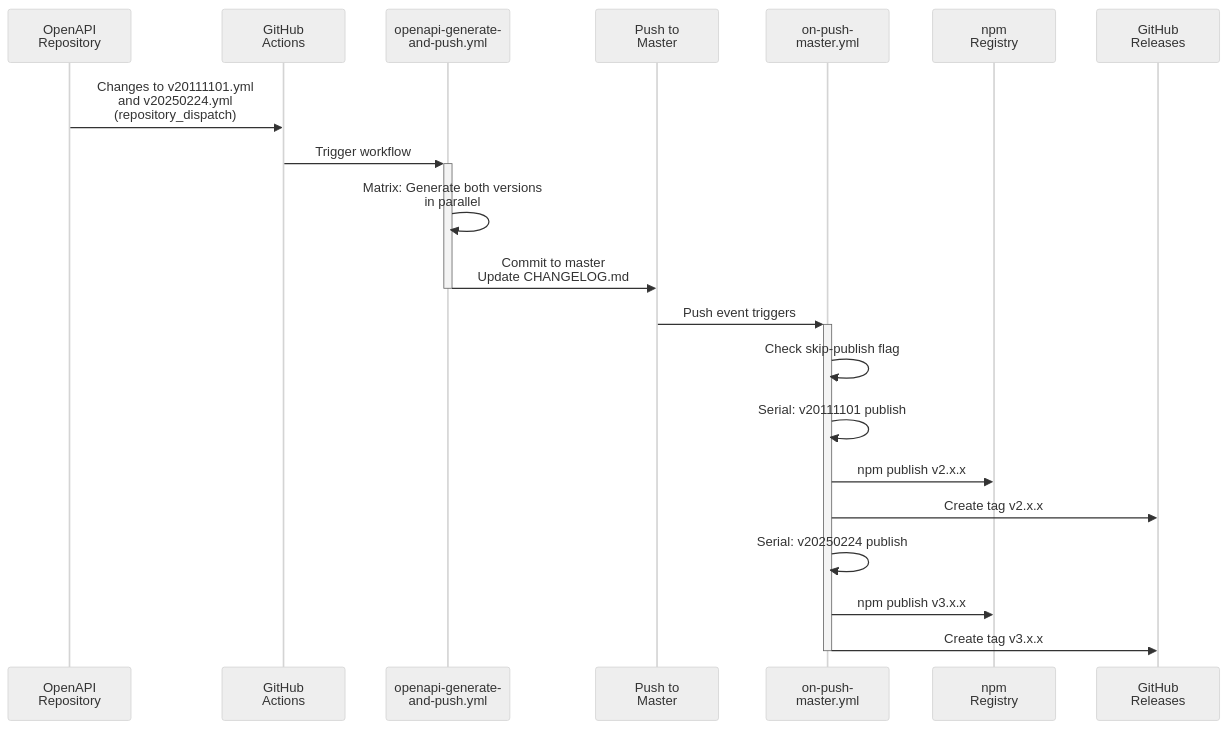
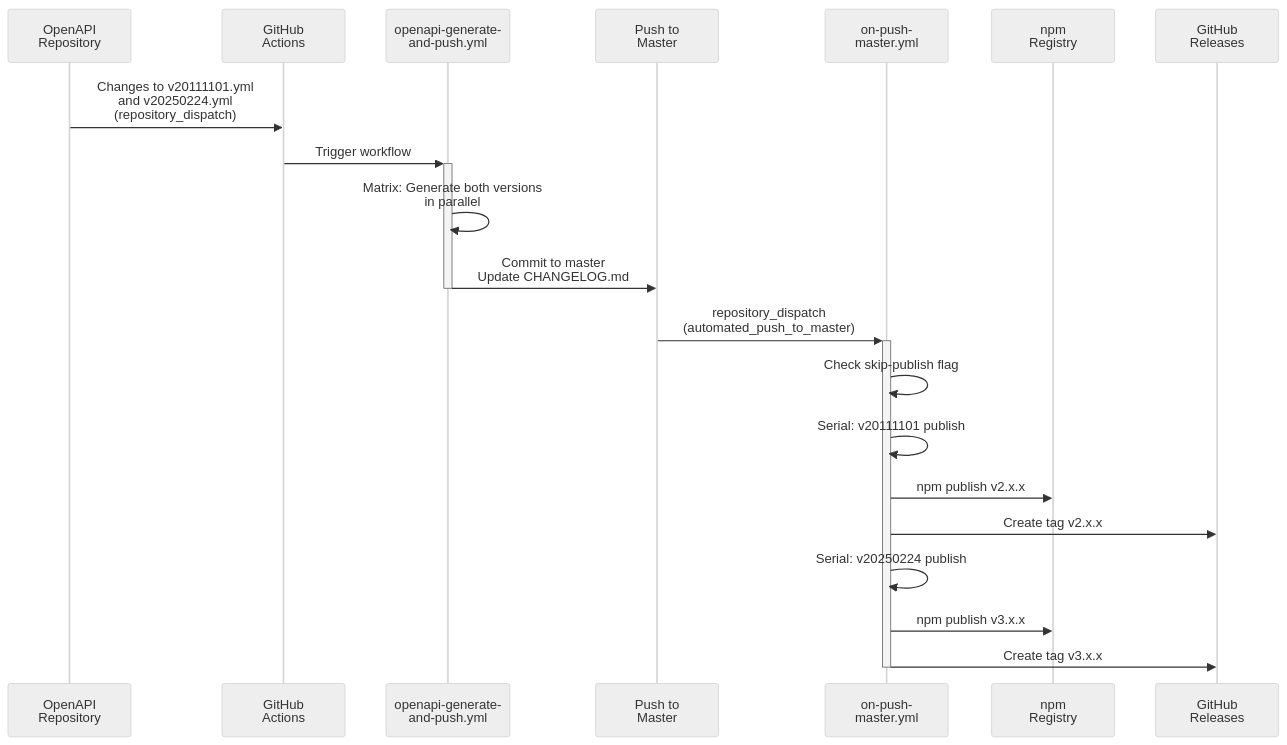
Before and after one commit to mxenabled/mx-platform-node: the first of 2 diagrams in docs/Multi-Version-SDK-Flow.md, drawn with Mermaid (neutral theme). The commit also changed other lines of this file and 8 other files, not shown here.

````diff
--- a/docs/Multi-Version-SDK-Flow.md
+++ b/docs/Multi-Version-SDK-Flow.md
@@ -70,26 +70,26 @@
 ```mermaid
 sequenceDiagram
     participant OpenAPI as OpenAPI<br/>Repository
     participant GH as GitHub<br/>Actions
     participant Gen as openapi-generate-<br/>and-push.yml
     participant Push as Push to<br/>Master
     participant OnPush as on-push-<br/>master.yml
     participant npm as npm<br/>Registry
     participant GHRel as GitHub<br/>Releases
 
     OpenAPI->>GH: Changes to v20111101.yml<br/>and v20250224.yml<br/>(repository_dispatch)
     GH->>+Gen: Trigger workflow
     Gen->>Gen: Matrix: Generate both versions<br/>in parallel
     Gen->>Push: Commit to master<br/>Update CHANGELOG.md
     deactivate Gen
 
-    Push->>+OnPush: Push event triggers
+    Push->>+OnPush: repository_dispatch<br/>(automated_push_to_master)
     OnPush->>OnPush: Check skip-publish flag
     OnPush->>OnPush: Serial: v20111101 publish
     OnPush->>npm: npm publish v2.x.x
     OnPush->>GHRel: Create tag v2.x.x
     OnPush->>OnPush: Serial: v20250224 publish
     OnPush->>npm: npm publish v3.x.x
     OnPush->>GHRel: Create tag v3.x.x
     deactivate OnPush
 ```
````
